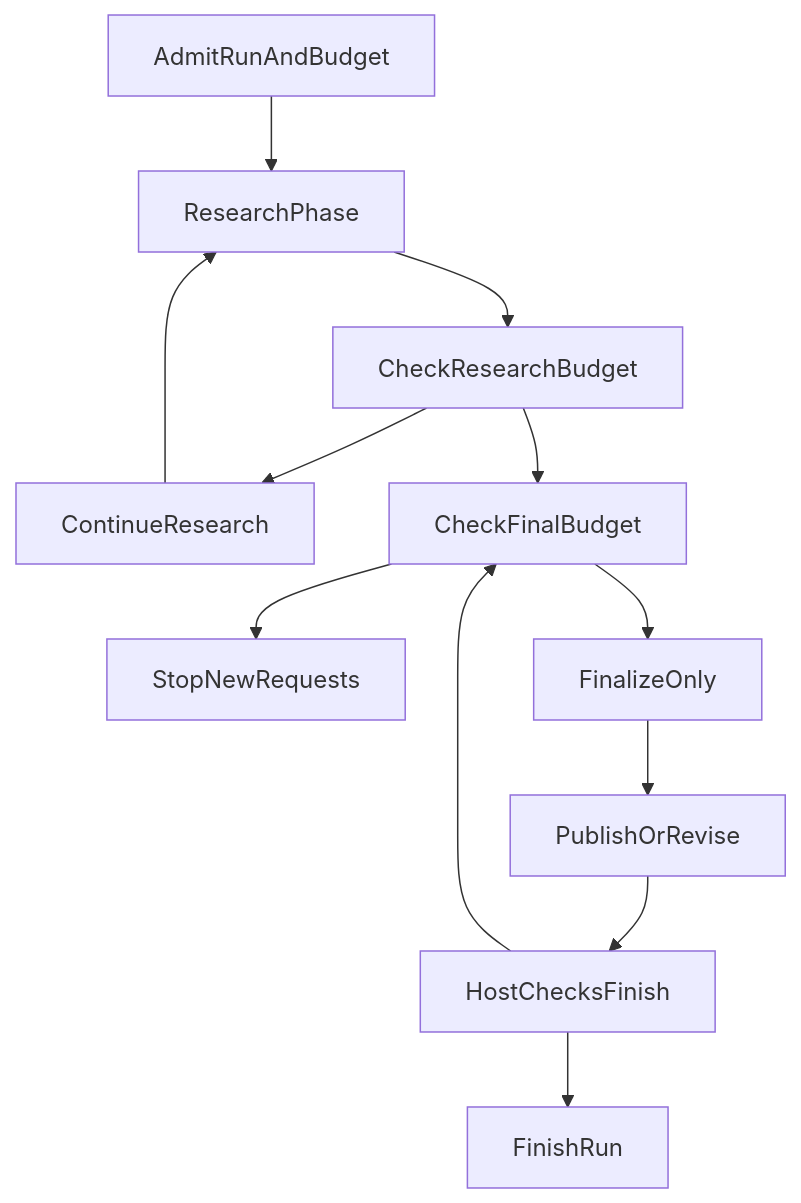
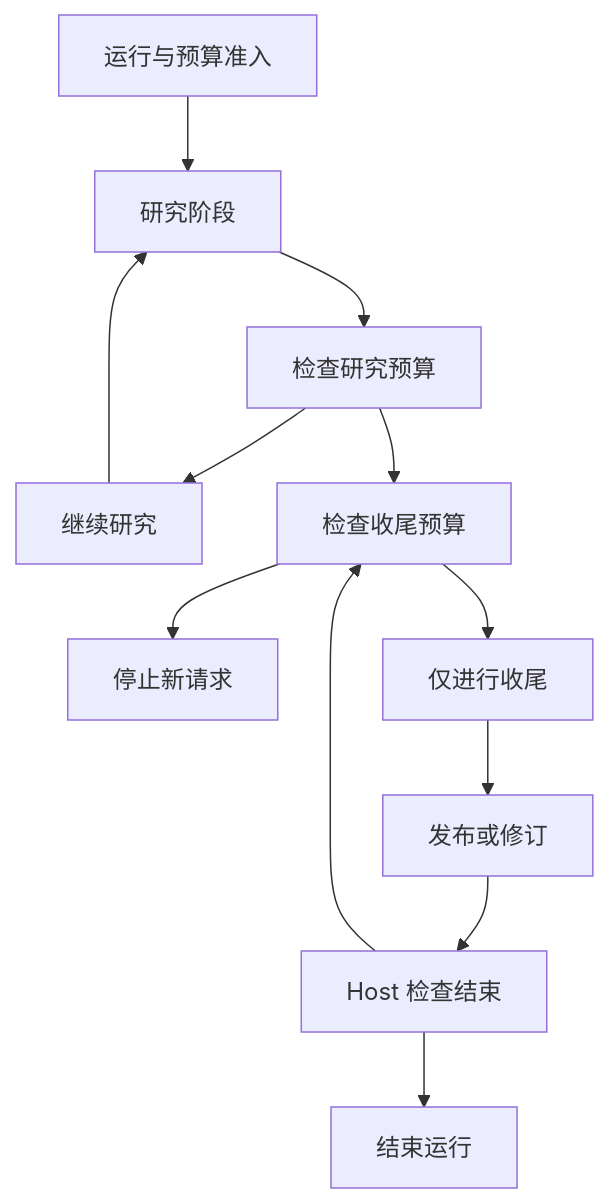
The diagram in articles/agent-runtime-constraint-governance-v2.md (hpoenixf/eff-agent-article), drawn with Mermaid before and after one commit. The commit also changed 52 other files, not shown here.

Commit message:
docs: localize diagrams and clarify flagship guides

````diff
--- a/articles/agent-runtime-constraint-governance-v2.md
+++ b/articles/agent-runtime-constraint-governance-v2.md
@@ -161,14 +161,14 @@
 ```mermaid
 graph TD
-AdmitRunAndBudget --> ResearchPhase
-ResearchPhase --> CheckResearchBudget
-CheckResearchBudget --> ContinueResearch
+AdmitRunAndBudget["运行与预算准入"] --> ResearchPhase["研究阶段"]
+ResearchPhase --> CheckResearchBudget["检查研究预算"]
+CheckResearchBudget --> ContinueResearch["继续研究"]
 ContinueResearch --> ResearchPhase
-CheckResearchBudget --> CheckFinalBudget
-CheckFinalBudget --> StopNewRequests
-CheckFinalBudget --> FinalizeOnly
-FinalizeOnly --> PublishOrRevise
-PublishOrRevise --> HostChecksFinish
-HostChecksFinish --> FinishRun
+CheckResearchBudget --> CheckFinalBudget["检查收尾预算"]
+CheckFinalBudget --> StopNewRequests["停止新请求"]
+CheckFinalBudget --> FinalizeOnly["仅进行收尾"]
+FinalizeOnly --> PublishOrRevise["发布或修订"]
+PublishOrRevise --> HostChecksFinish["Host 检查结束"]
+HostChecksFinish --> FinishRun["结束运行"]
 HostChecksFinish --> CheckFinalBudget
 ```
````
